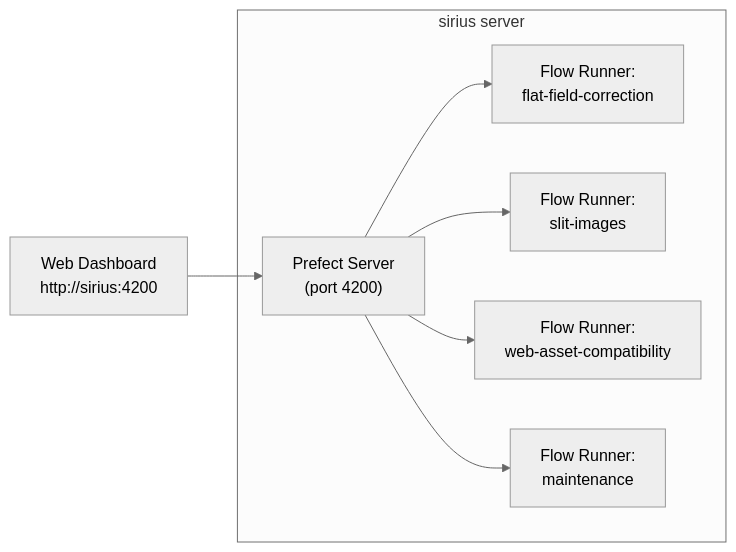
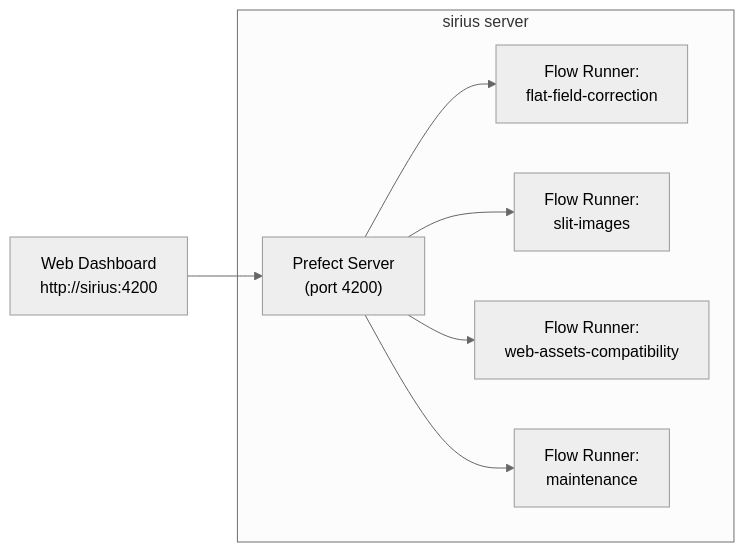
The diagram in docs/maintainer/prefect_operations.md (cdeldon/irsol-data-pipeline), drawn with Mermaid (neutral theme) before and after one commit. The commit also changed other lines of this file and 11 other files, not shown here.

````diff
--- a/docs/maintainer/prefect_operations.md
+++ b/docs/maintainer/prefect_operations.md
@@ -9,16 +9,16 @@
 ```mermaid
 flowchart LR
     subgraph "sirius server"
         SERVER["Prefect Server<br/>(port 4200)"]
         FF["Flow Runner:<br/>flat-field-correction"]
         SLIT["Flow Runner:<br/>slit-images"]
-        WEB["Flow Runner:<br/>web-asset-compatibility"]
+        WEB["Flow Runner:<br/>web-assets-compatibility"]
         MAINT["Flow Runner:<br/>maintenance"]
     end
 
     SERVER --> FF
     SERVER --> SLIT
     SERVER --> WEB
     SERVER --> MAINT
     DASH["Web Dashboard<br/>http://sirius:4200"] --> SERVER
 ```
````
